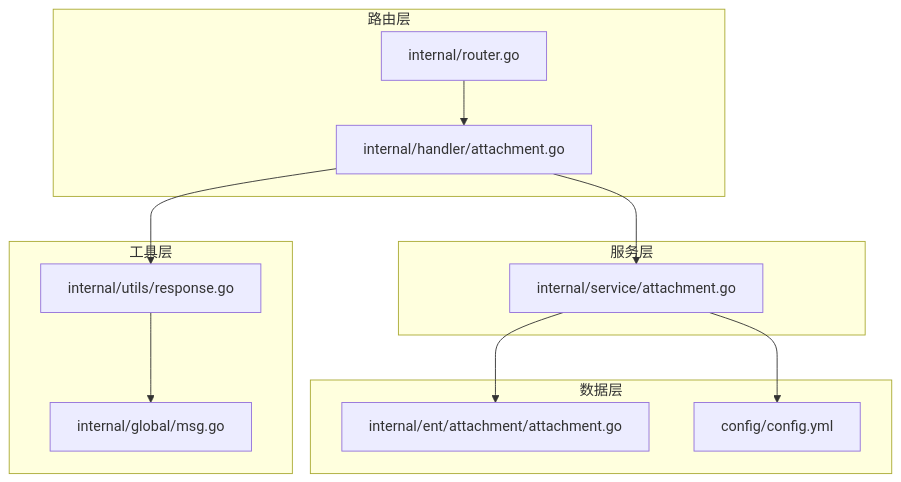
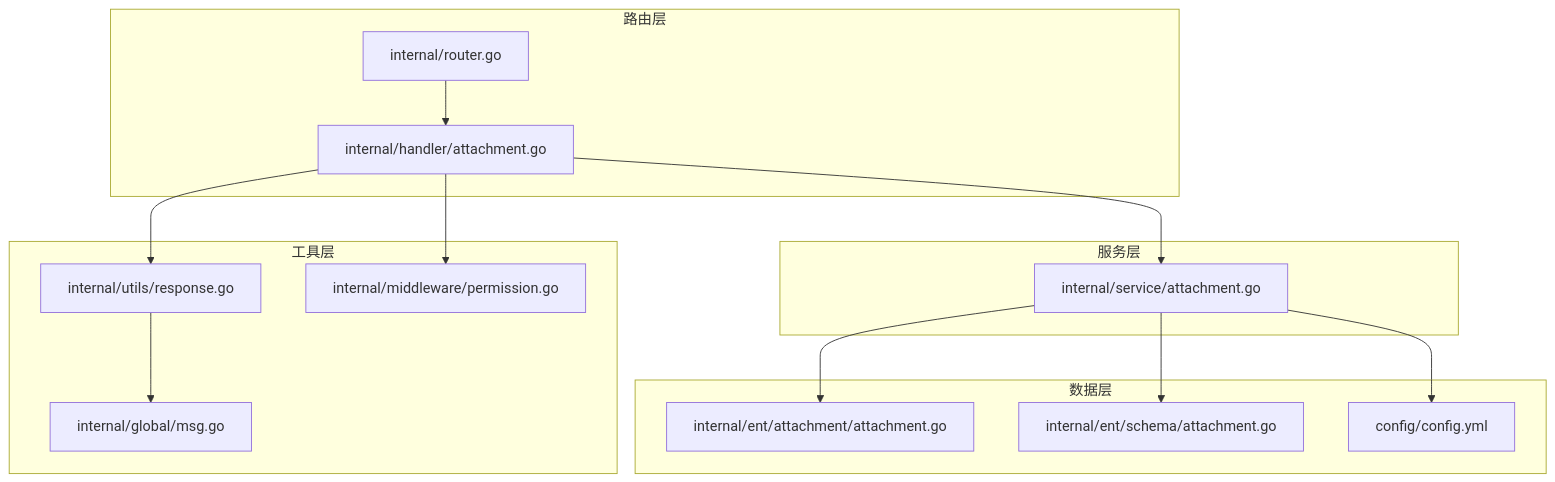
The first of 3 diagrams in .qoder/repowiki/zh/content/API接口文档/附件管理接口.md (wuwuseo/e-sports-go-admin), drawn with Mermaid before and after one commit. The commit also changed other lines of this file and 26 other files, not shown here.

````diff
--- a/.qoder/repowiki/zh/content/API接口文档/附件管理接口.md
+++ b/.qoder/repowiki/zh/content/API接口文档/附件管理接口.md
@@ -39,24 +48,28 @@
 ```mermaid
 graph TB
 subgraph "路由层"
 Router[internal/router.go]
 Handler[internal/handler/attachment.go]
 end
 subgraph "服务层"
 Service[internal/service/attachment.go]
 end
 subgraph "数据层"
 Entity[internal/ent/attachment/attachment.go]
+Schema[internal/ent/schema/attachment.go]
 Config[config/config.yml]
 end
 subgraph "工具层"
 Response[internal/utils/response.go]
 GlobalMsg[internal/global/msg.go]
+Permission[internal/middleware/permission.go]
 end
 Router --> Handler
 Handler --> Service
 Service --> Entity
+Service --> Schema
 Service --> Config
 Handler --> Response
 Response --> GlobalMsg
+Handler --> Permission
 ```
````
